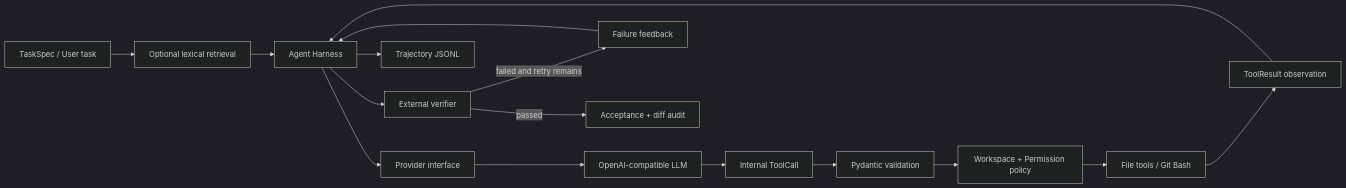
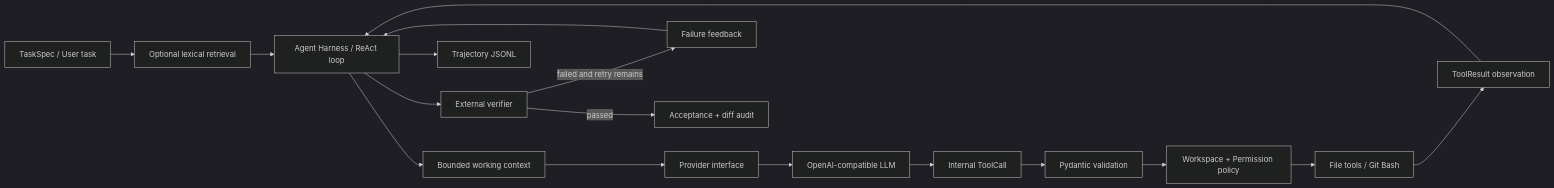
Before and after one commit to tuanziMilk/CodePilot: the diagram in README.md, drawn with Mermaid (dark theme). The commit also changed other lines of this file and 27 other files, not shown here.

Commit message:
Add ReAct context compaction and ablation evaluation

````diff
--- a/README.md
+++ b/README.md
@@ -33,18 +33,19 @@
 ```mermaid
 flowchart LR
   U[TaskSpec / User task] --> R[Optional lexical retrieval]
-  R --> H[Agent Harness]
-  H --> P[Provider interface]
+  R --> H[Agent Harness / ReAct loop]
+  H --> X[Bounded working context]
+  X --> P[Provider interface]
   P --> L[OpenAI-compatible LLM]
   L --> C[Internal ToolCall]
   C --> D[Pydantic validation]
   D --> B[Workspace + Permission policy]
   B --> T[File tools / Git Bash]
   T --> O[ToolResult observation]
   O --> H
   H --> V[External verifier]
   V -->|failed and retry remains| F[Failure feedback]
   F --> H
   V -->|passed| A[Acceptance + diff audit]
   H --> J[Trajectory JSONL]
 ```
````
